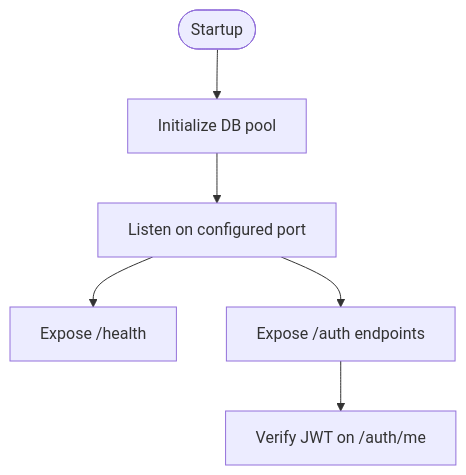
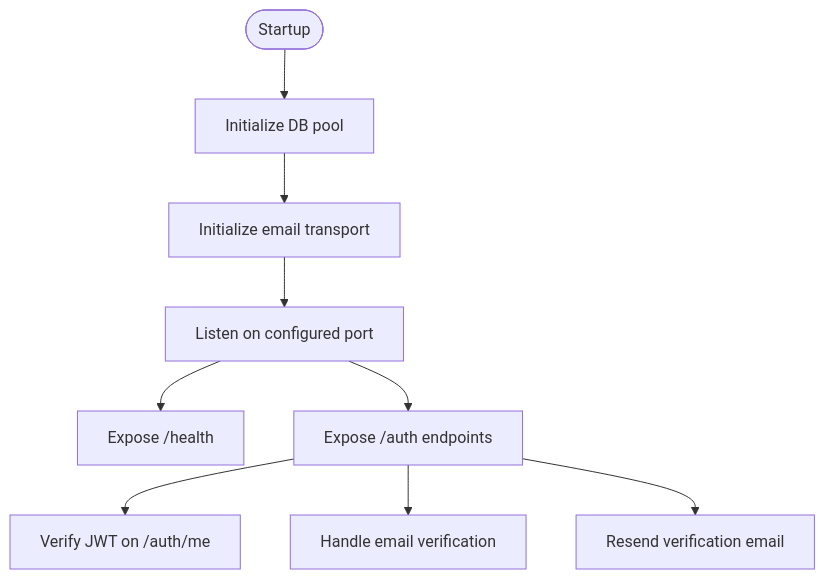
The third of 7 diagrams in .qoder/repowiki/en/content/Deployment and Operations.md (ikramhh/signvue-project), drawn with Mermaid before and after one commit. The commit also changed other lines of this file and 4 other files, not shown here.

````diff
--- a/.qoder/repowiki/en/content/Deployment and Operations.md
+++ b/.qoder/repowiki/en/content/Deployment and Operations.md
@@ -166,8 +193,11 @@
 ```mermaid
 flowchart TD
 Start(["Startup"]) --> InitDB["Initialize DB pool"]
-InitDB --> Listen["Listen on configured port"]
+InitDB --> InitMailer["Initialize email transport"]
+InitMailer --> Listen["Listen on configured port"]
 Listen --> Health["Expose /health"]
 Listen --> AuthRoutes["Expose /auth endpoints"]
 AuthRoutes --> Verify["Verify JWT on /auth/me"]
+AuthRoutes --> VerifyEmail["Handle email verification"]
+AuthRoutes --> ResendEmail["Resend verification email"]
 ```
````
